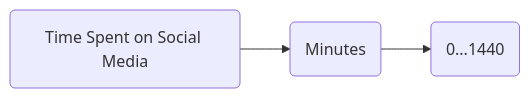
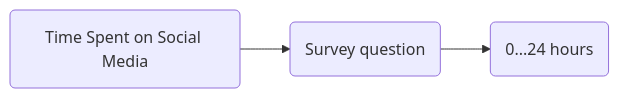
Diagram 11 of 12 in docs/introduction/1.1 Research data.md (spuddybike/understanding-metadata), drawn with Mermaid before and after one commit. The commit also changed other lines of this file, not shown here.

````diff
--- a/docs/introduction/1.1 Research data.md
+++ b/docs/introduction/1.1 Research data.md
@@ -229,5 +229,5 @@
         ``` mermaid
         flowchart LR
-          tsosm(Time Spent on Social Media) --> min(Minutes)
-          min --> d(0...1440)
+          tsosm(Time Spent on Social Media) --> min(Survey question)
+          min --> d(0...24 hours)
         ```
````
